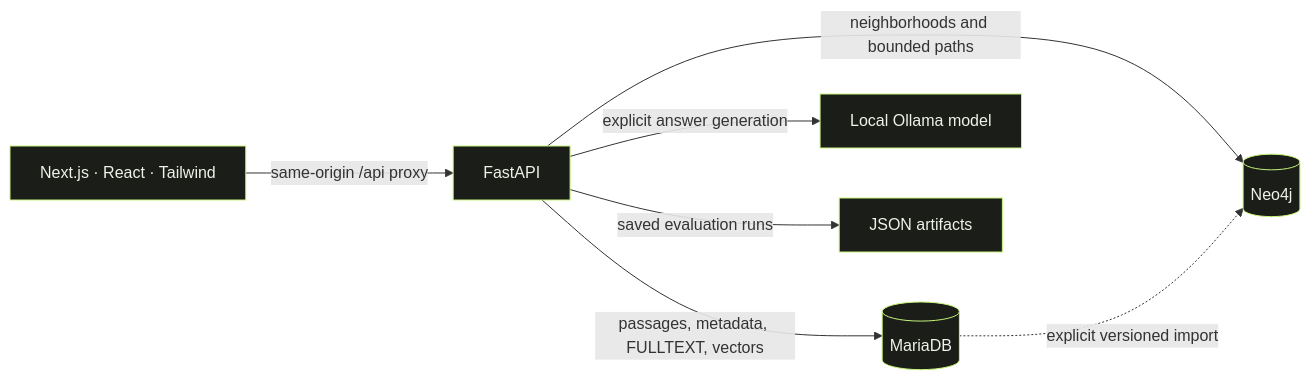
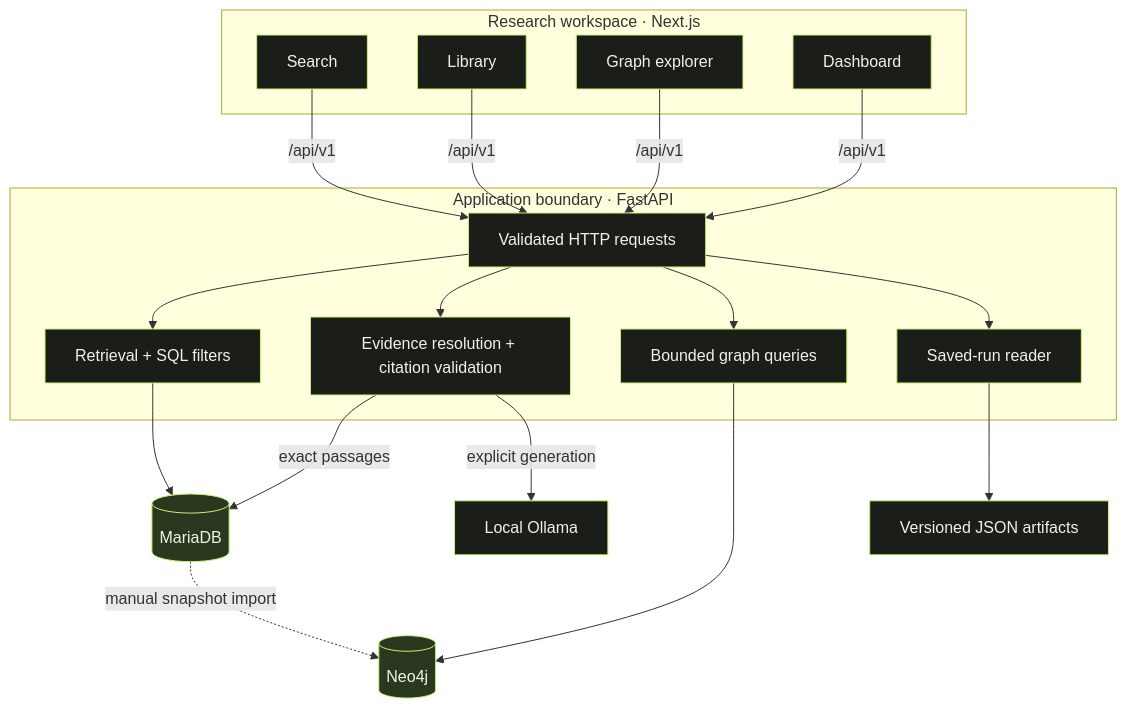
The first of 8 diagrams in README.md (danialeyz/citehop), drawn with Mermaid before and after one commit. The commit also changed other lines of this file, not shown here.

Commit message:
Restore and expand README system design diagrams

````diff
--- a/README.md
+++ b/README.md
@@ -168,11 +168,28 @@
 ```mermaid
-flowchart LR
-    UI[Next.js · React · Tailwind] -->|same-origin /api proxy| API[FastAPI]
-    API -->|passages, metadata, FULLTEXT, vectors| SQL[(MariaDB)]
-    API -->|neighborhoods and bounded paths| GRAPH[(Neo4j)]
-    API -->|explicit answer generation| MODEL[Local Ollama model]
-    API -->|saved evaluation runs| RUNS[JSON artifacts]
-    SQL -. explicit versioned import .-> GRAPH
+flowchart TB
+    subgraph CLIENT["Research workspace · Next.js"]
+        SEARCH[Search]
+        LIB[Library]
+        EXPLORER[Graph explorer]
+        DASH[Dashboard]
+    end
+    subgraph SERVER["Application boundary · FastAPI"]
+        API[Validated HTTP requests]
+        RET[Retrieval + SQL filters]
+        RAG[Evidence resolution + citation validation]
+        NAV[Bounded graph queries]
+        EVAL[Saved-run reader]
+        API --> RET & RAG & NAV & EVAL
+    end
+    SEARCH & LIB & EXPLORER & DASH -->|/api/v1| API
+    RET --> SQL[(MariaDB)]
+    RAG -->|exact passages| SQL
+    RAG -->|explicit generation| MODEL[Local Ollama]
+    NAV --> NEO[(Neo4j)]
+    EVAL --> RUNS[Versioned JSON artifacts]
+    SQL -. manual snapshot import .-> NEO
     classDef app fill:#1a1d18,stroke:#c6f27b,color:#f0f2e9
-    class UI,API,SQL,GRAPH,MODEL,RUNS app
+    classDef store fill:#2b3820,stroke:#c6f27b,color:#f0f2e9
+    class SEARCH,LIB,EXPLORER,DASH,API,RET,RAG,NAV,EVAL,MODEL,RUNS app
+    class SQL,NEO store
 ```
````
